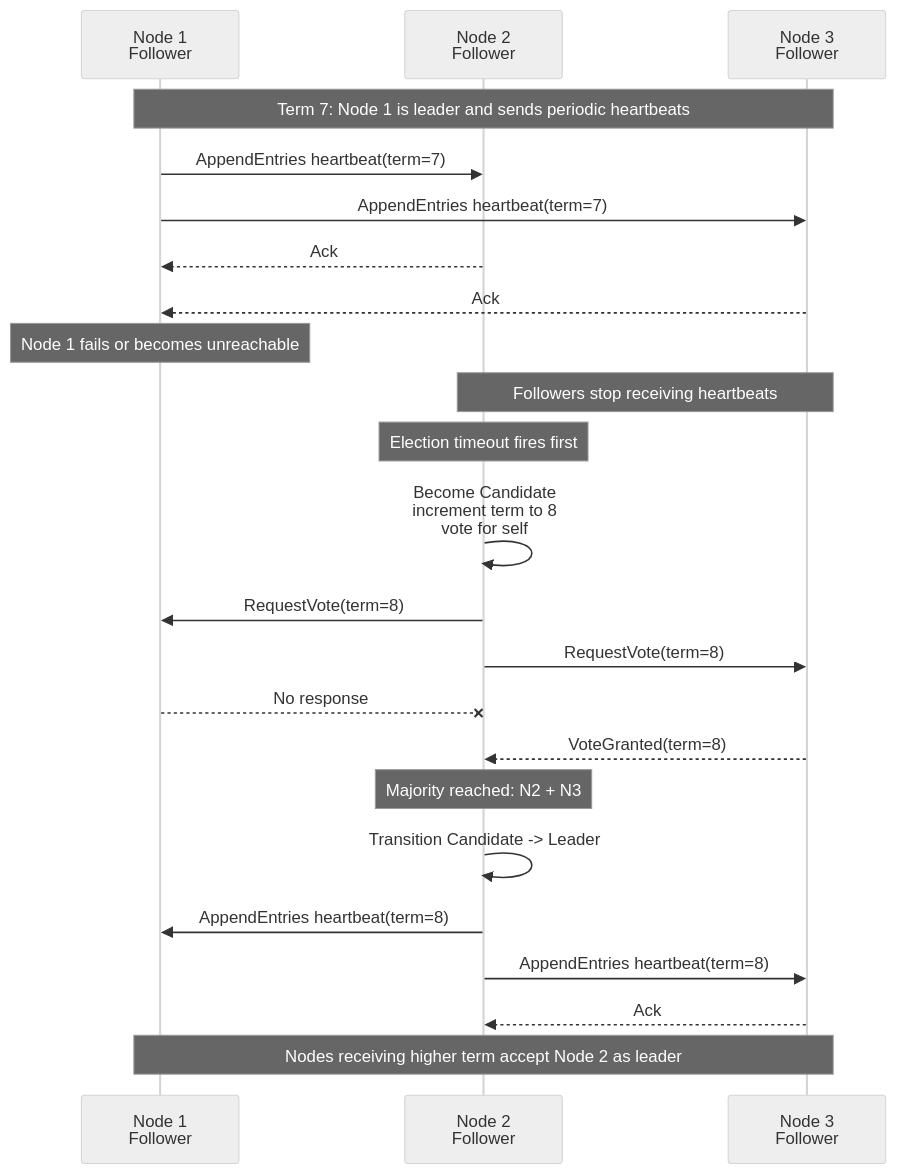
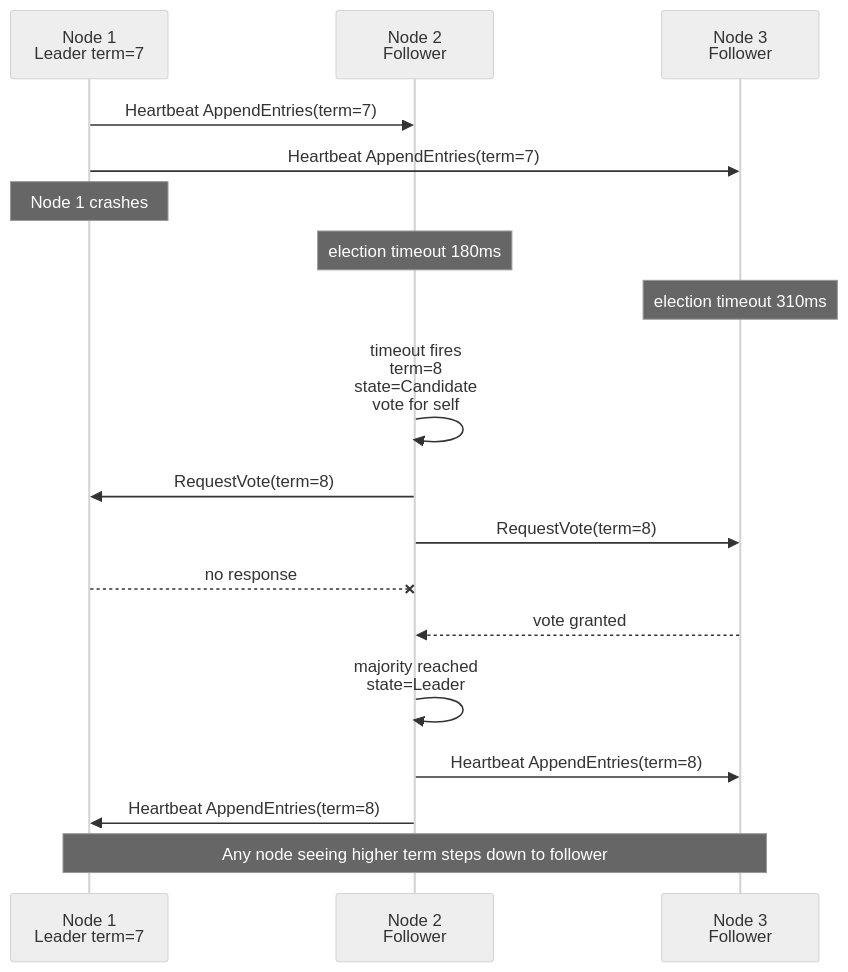
Before and after one commit to MachariaP/system-design-academy: the second of 4 diagrams in modules/04-distributed-comm.md, drawn with Mermaid (neutral theme). The commit also changed other lines of this file, not shown here.

````diff
--- a/modules/04-distributed-comm.md
+++ b/modules/04-distributed-comm.md
@@ -539,32 +406,21 @@
 ```mermaid
 sequenceDiagram
-    participant N1 as Node 1<br/>Follower
+    participant N1 as Node 1<br/>Leader term=7
     participant N2 as Node 2<br/>Follower
     participant N3 as Node 3<br/>Follower
 
-    Note over N1,N3: Term 7: Node 1 is leader and sends periodic heartbeats
-    N1->>N2: AppendEntries heartbeat(term=7)
-    N1->>N3: AppendEntries heartbeat(term=7)
-    N2-->>N1: Ack
-    N3-->>N1: Ack
-
-    Note over N1: Node 1 fails or becomes unreachable
-    Note over N2,N3: Followers stop receiving heartbeats
-
-    Note over N2: Election timeout fires first
-    N2->>N2: Become Candidate<br/>increment term to 8<br/>vote for self
+    N1->>N2: Heartbeat AppendEntries(term=7)
+    N1->>N3: Heartbeat AppendEntries(term=7)
+    Note over N1: Node 1 crashes
+    Note over N2: election timeout 180ms
+    Note over N3: election timeout 310ms
+    N2->>N2: timeout fires<br/>term=8<br/>state=Candidate<br/>vote for self
     N2->>N1: RequestVote(term=8)
     N2->>N3: RequestVote(term=8)
-
-    N1--xN2: No response
-    N3-->>N2: VoteGranted(term=8)
-
-    Note over N2: Majority reached: N2 + N3
-    N2->>N2: Transition Candidate -> Leader
-
-    N2->>N1: AppendEntries heartbeat(term=8)
-    N2->>N3: AppendEntries heartbeat(term=8)
-    N3-->>N2: Ack
-
-    Note over N1,N3: Nodes receiving higher term accept Node 2 as leader
+    N1--xN2: no response
+    N3-->>N2: vote granted
+    N2->>N2: majority reached<br/>state=Leader
+    N2->>N3: Heartbeat AppendEntries(term=8)
+    N2->>N1: Heartbeat AppendEntries(term=8)
+    Note over N1,N3: Any node seeing higher term steps down to follower
 ```
````
